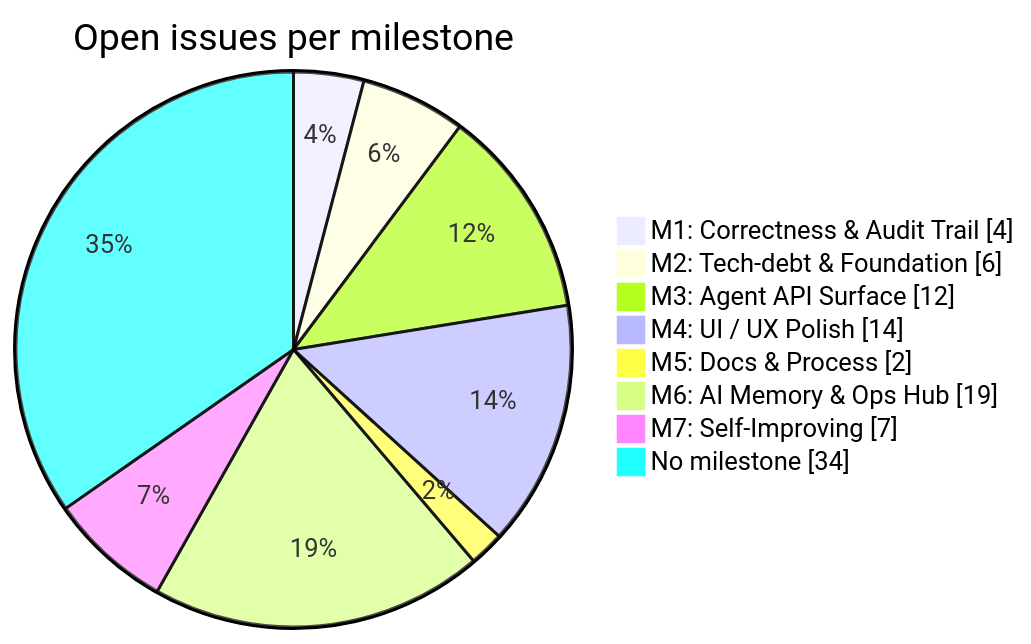
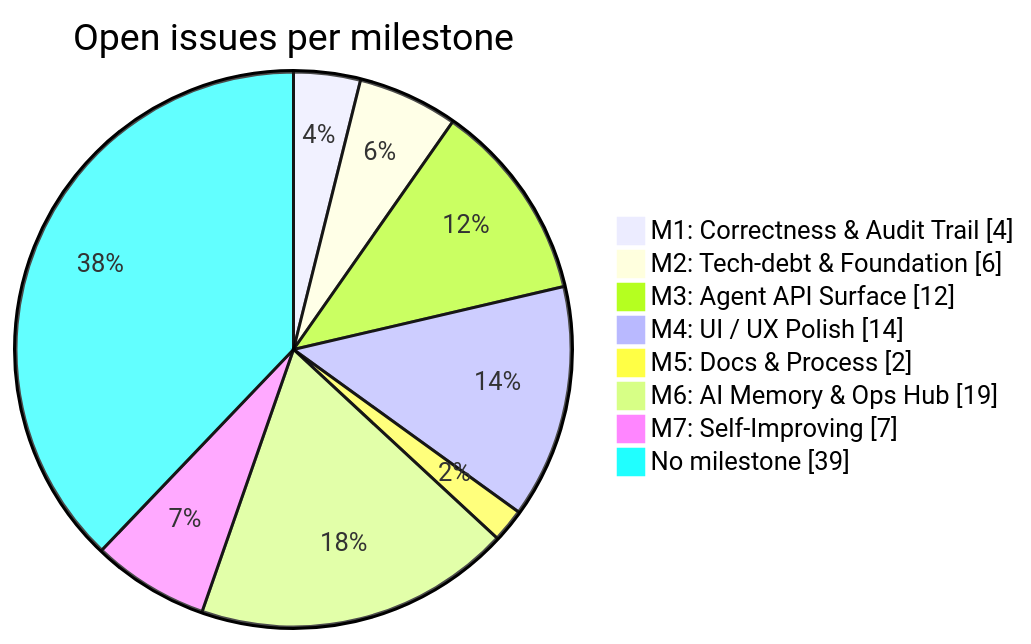
One commit to joelfuller2016/KanbanFlow-v2 changed the diagram in docs/BACKLOG.md. Above: the diagram before and after it, drawn with Mermaid. The commit also changed other lines of this file, not shown here.

````diff
--- a/docs/BACKLOG.md
+++ b/docs/BACKLOG.md
@@ -44,12 +44,12 @@
 ```mermaid
 pie showData
     title Open issues per milestone
     "M1: Correctness & Audit Trail" : 4
     "M2: Tech-debt & Foundation" : 6
     "M3: Agent API Surface" : 12
     "M4: UI / UX Polish" : 14
     "M5: Docs & Process" : 2
     "M6: AI Memory & Ops Hub" : 19
     "M7: Self-Improving" : 7
-    "No milestone" : 34
+    "No milestone" : 39
 ```
````
